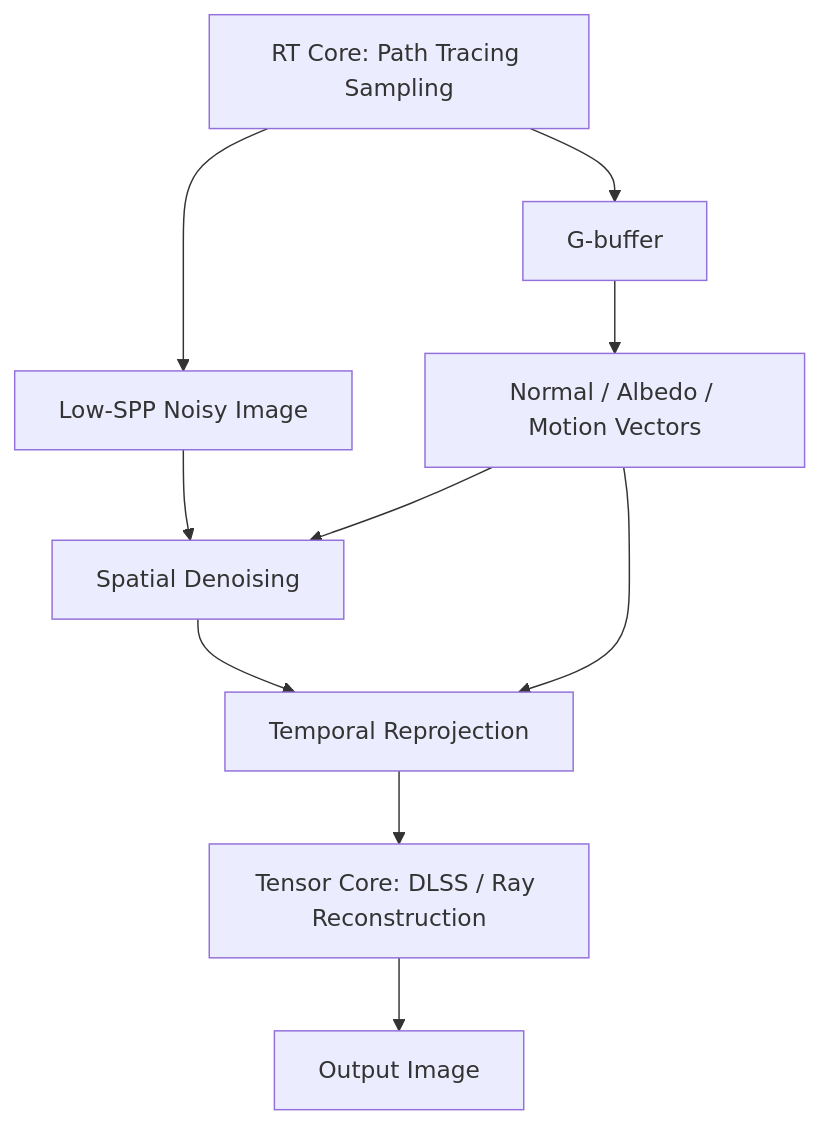
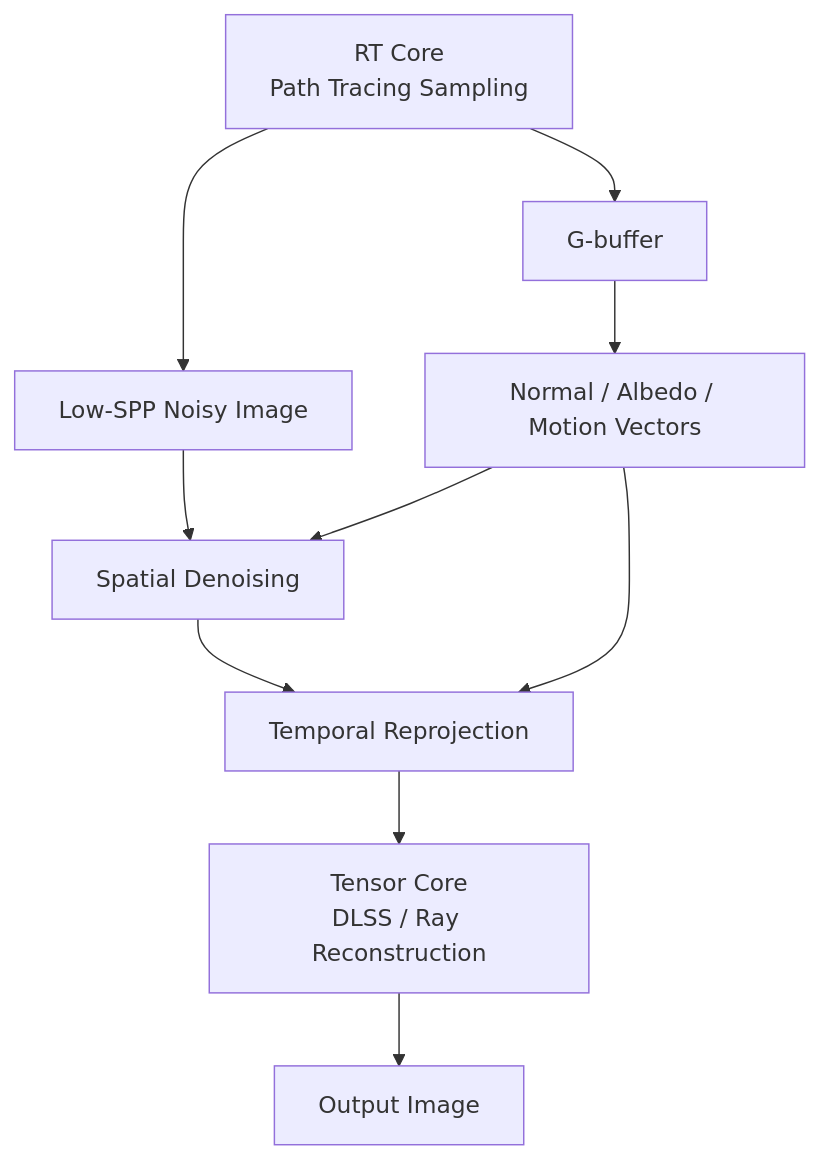
One commit to SummerS-tars/cg changed the third of 4 diagrams in guides/CG-Week12-14-学习指南.md. Above: the diagram before and after it, drawn with Mermaid. The commit also changed other lines of this file and 1 other file, not shown here.

````diff
--- a/guides/CG-Week12-14-学习指南.md
+++ b/guides/CG-Week12-14-学习指南.md
@@ -178,12 +225,12 @@
 ```mermaid
 flowchart TD
-  A[RT Core: Path Tracing Sampling] --> B[Low-SPP Noisy Image]
-  A --> C[G-buffer]
-  C --> D[Normal / Albedo / Motion Vectors]
-  B --> E[Spatial Denoising]
-  D --> E
-  E --> F[Temporal Reprojection]
-  D --> F
-  F --> G[Tensor Core: DLSS / Ray Reconstruction]
-  G --> H[Output Image]
+    A[RT Core<br/>Path Tracing Sampling] --> B[Low-SPP Noisy Image]
+    A --> C[G-buffer]
+    C --> D[Normal / Albedo / Motion Vectors]
+    B --> E[Spatial Denoising]
+    D --> E
+    E --> F[Temporal Reprojection]
+    D --> F
+    F --> G[Tensor Core<br/>DLSS / Ray Reconstruction]
+    G --> H[Output Image]
 ```
````
